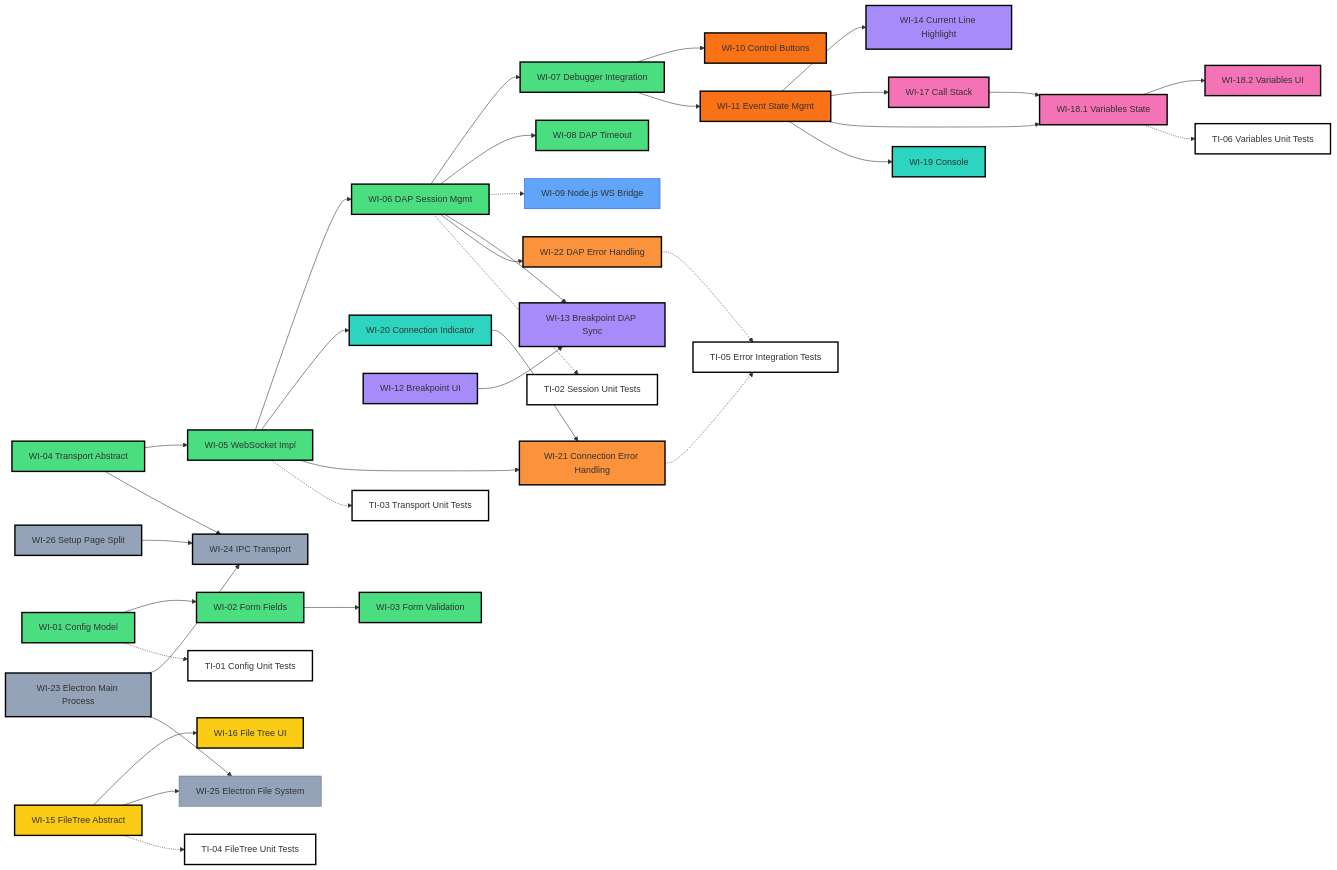
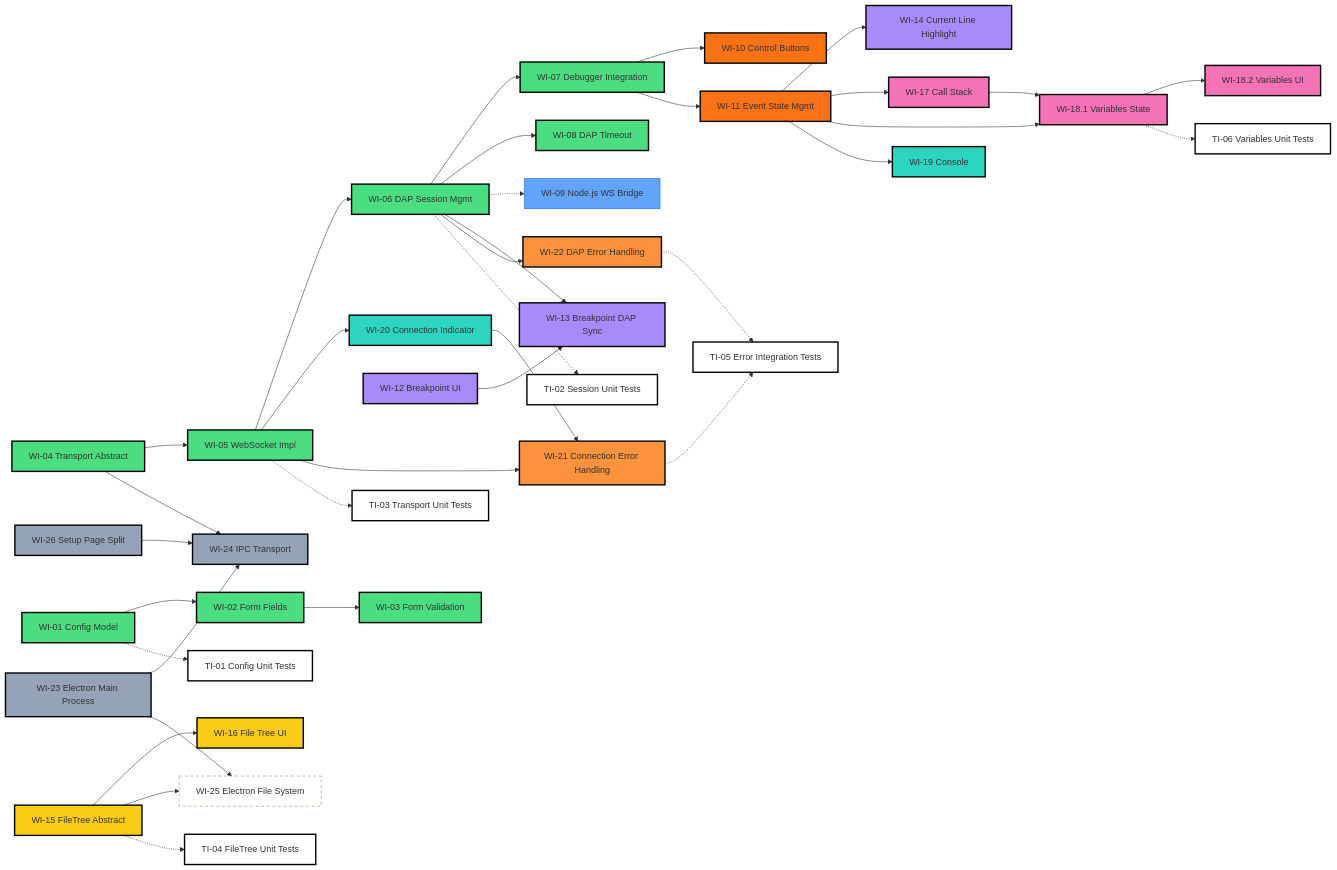
One commit to tangpo387-arch/taro-debugger changed the diagram in docs/project-roadmap.md. Above: the diagram before and after it, drawn with Mermaid. The commit also changed 3 other files, not shown here.

Commit message:
docs: abort WI-25 and update architectural documentation regarding native file system access

```diff
--- a/docs/project-roadmap.md
+++ b/docs/project-roadmap.md
@@ -124,7 +124,7 @@
 
     style WI23 fill:#94a3b8,stroke:#000,stroke-width:2.5px
     style WI24 fill:#94a3b8,stroke:#000,stroke-width:2.5px
-    style WI25 fill:#94a3b8,stroke:#64748b
+    style WI25 fill:none,stroke-dasharray:5
     style WI26 fill:#94a3b8,stroke:#000,stroke-width:2.5px
 
     style TI01 fill:#ffffff,stroke:#000,stroke-width:2.5px
```
